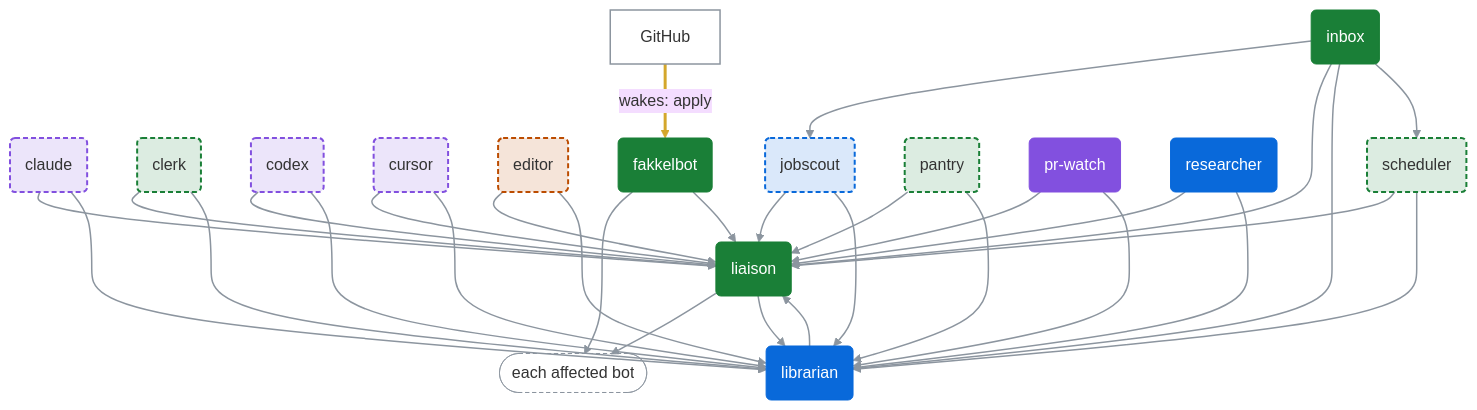
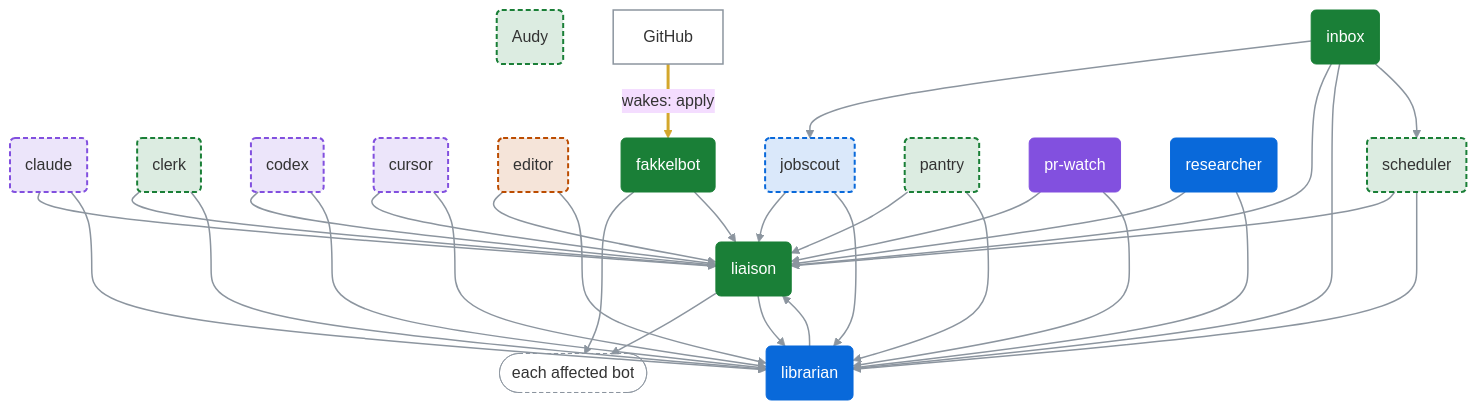
Before and after one commit to dfakkeldy/fakkelbot: the first of 2 diagrams in docs/bot-chart.md, drawn with Mermaid (base theme). The commit also changed other lines of this file and 15 other files, not shown here.

````diff
--- a/docs/bot-chart.md
+++ b/docs/bot-chart.md
@@ -13,70 +13,71 @@
 ```mermaid
 %%{init: {"flowchart": {"curve": "basis"}}}%%
 flowchart TB
+    bot_audy("Audy")
     bot_claude("claude")
     bot_clerk("clerk")
     bot_codex("codex")
     bot_cursor("cursor")
     bot_editor("editor")
     bot_fakkelbot("fakkelbot")
     bot_inbox("inbox")
     bot_jobscout("jobscout")
     bot_liaison("liaison")
     bot_librarian("librarian")
     bot_pantry("pantry")
     bot_pr_watch("pr-watch")
     bot_researcher("researcher")
     bot_scheduler("scheduler")
     fan_each_affected_bot(["each affected bot"])
     sys_github["GitHub"]
     bot_claude --> bot_liaison
     bot_claude --> bot_librarian
     bot_clerk --> bot_liaison
     bot_clerk --> bot_librarian
     bot_codex --> bot_liaison
     bot_codex --> bot_librarian
     bot_cursor --> bot_liaison
     bot_cursor --> bot_librarian
     bot_editor --> bot_liaison
     bot_editor --> bot_librarian
     bot_fakkelbot --> fan_each_affected_bot
     bot_fakkelbot --> bot_liaison
     bot_inbox --> bot_jobscout
     bot_inbox --> bot_liaison
     bot_inbox --> bot_librarian
     bot_inbox --> bot_scheduler
     bot_jobscout --> bot_liaison
     bot_jobscout --> bot_librarian
     bot_liaison --> fan_each_affected_bot
     bot_liaison --> bot_librarian
     bot_librarian --> bot_liaison
     bot_pantry --> bot_liaison
     bot_pantry --> bot_librarian
     bot_pr_watch --> bot_liaison
     bot_pr_watch --> bot_librarian
     bot_researcher --> bot_liaison
     bot_researcher --> bot_librarian
     bot_scheduler --> bot_liaison
     bot_scheduler --> bot_librarian
     sys_github ==>|"wakes: apply"| bot_fakkelbot
+    classDef daily_life_optional fill:#1a7f3726,stroke:#1a7f37,stroke-width:2px,stroke-dasharray:5 3
+    class bot_audy,bot_clerk,bot_pantry,bot_scheduler daily_life_optional
     classDef builders_optional fill:#8250df26,stroke:#8250df,stroke-width:2px,stroke-dasharray:5 3
     class bot_claude,bot_codex,bot_cursor builders_optional
-    classDef daily_life_optional fill:#1a7f3726,stroke:#1a7f37,stroke-width:2px,stroke-dasharray:5 3
-    class bot_clerk,bot_pantry,bot_scheduler daily_life_optional
     classDef content_optional fill:#bc4c0026,stroke:#bc4c00,stroke-width:2px,stroke-dasharray:5 3
     class bot_editor content_optional
     classDef daily_life fill:#1a7f37,stroke:#1a7f37,color:#ffffff
     class bot_fakkelbot,bot_inbox,bot_liaison daily_life
     classDef work_optional fill:#0969da26,stroke:#0969da,stroke-width:2px,stroke-dasharray:5 3
     class bot_jobscout work_optional
     classDef work fill:#0969da,stroke:#0969da,color:#ffffff
     class bot_librarian,bot_researcher work
     classDef builders fill:#8250df,stroke:#8250df,color:#ffffff
     class bot_pr_watch builders
     classDef system fill:transparent,stroke:#8c959f,stroke-width:1.5px
     class sys_github system
     classDef fan_out fill:transparent,stroke:#8c959f,stroke-dasharray:4 3
     class fan_each_affected_bot fan_out
     linkStyle 0,1,2,3,4,5,6,7,8,9,10,11,12,13,14,15,16,17,18,19,20,21,22,23,24,25,26,27,28 stroke:#8c959f,stroke-width:1.5px
     linkStyle 29 stroke:#d4a72c,stroke-width:3px
 ```
````
